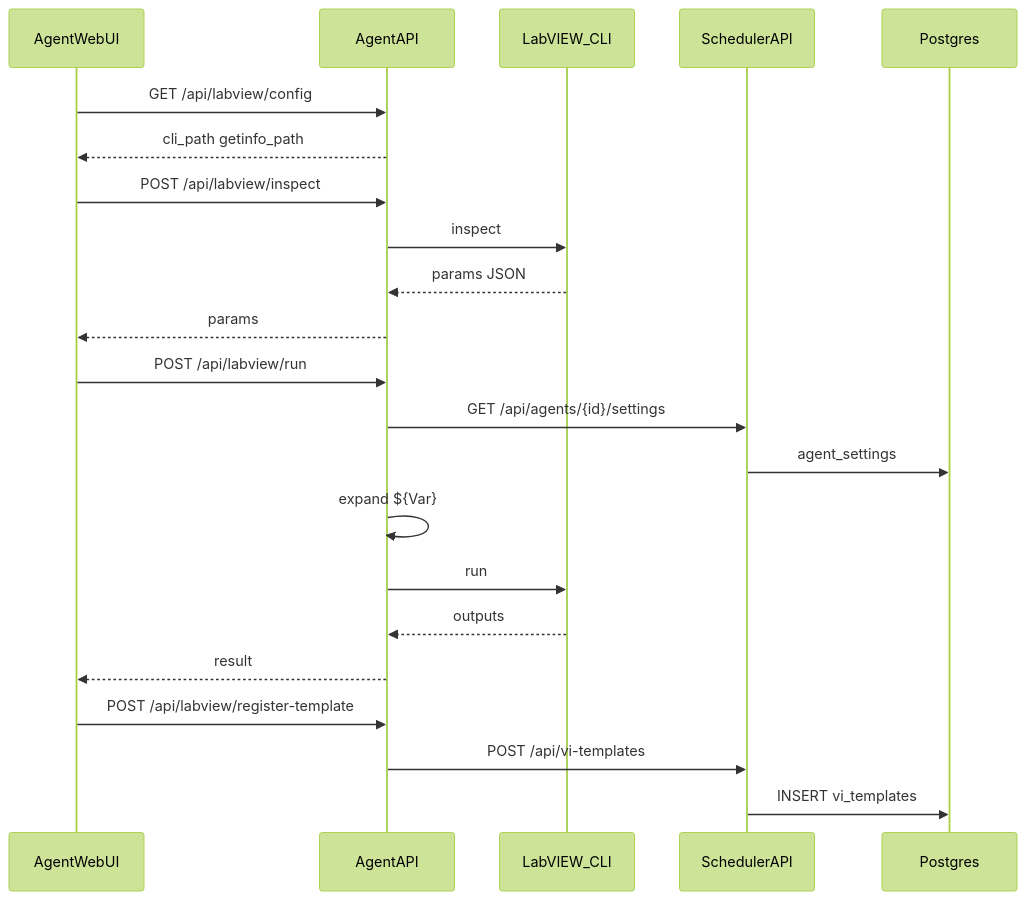
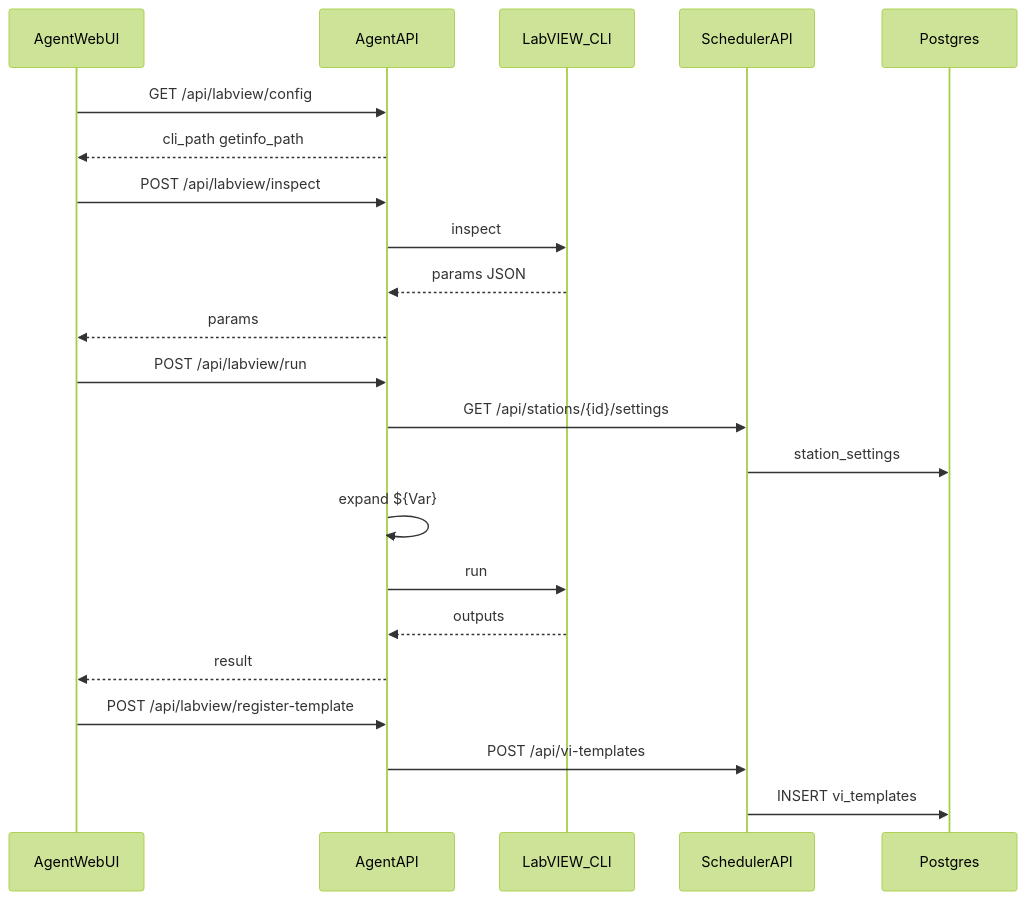
Before and after one commit to zhongbinyang/Atlas: the fourth of 8 diagrams in docs/api.md, drawn with Mermaid (forest theme). The commit also changed other lines of this file and 61 other files, not shown here.

````diff
--- a/docs/api.md
+++ b/docs/api.md
@@ -151,28 +152,28 @@
 ```mermaid
 sequenceDiagram
   participant AW as AgentWebUI
   participant AA as AgentAPI
   participant CLI as LabVIEW_CLI
   participant SA as SchedulerAPI
   participant DB as Postgres
 
   AW->>AA: GET /api/labview/config
   AA-->>AW: cli_path getinfo_path
 
   AW->>AA: POST /api/labview/inspect
   AA->>CLI: inspect
   CLI-->>AA: params JSON
   AA-->>AW: params
 
   AW->>AA: POST /api/labview/run
-  AA->>SA: GET /api/agents/{id}/settings
-  SA->>DB: agent_settings
+  AA->>SA: GET /api/stations/{id}/settings
+  SA->>DB: station_settings
   AA->>AA: expand ${Var}
   AA->>CLI: run
   CLI-->>AA: outputs
   AA-->>AW: result
 
   AW->>AA: POST /api/labview/register-template
   AA->>SA: POST /api/vi-templates
   SA->>DB: INSERT vi_templates
 ```
````
